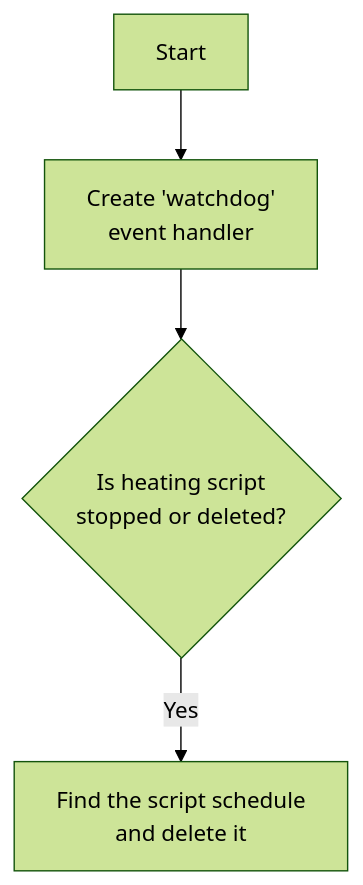
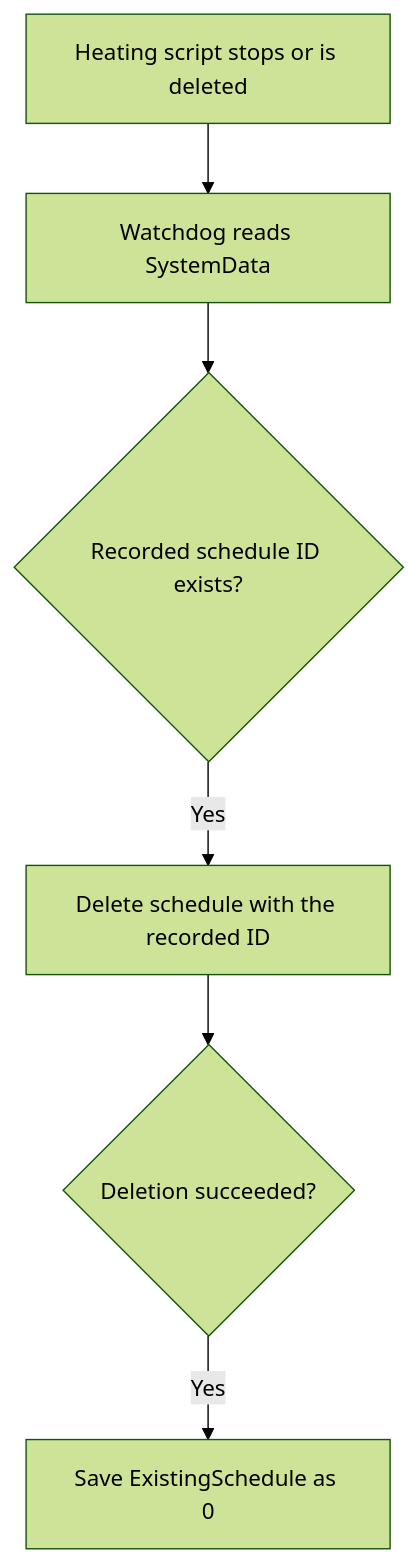
Before and after one commit to taimar/Smart-heating-management-with-Shelly: the diagram in README.md, drawn with Mermaid (forest theme). The commit also changed other lines of this file and 6 other files, not shown here.

````diff
--- a/README.md
+++ b/README.md
@@ -340,6 +271,8 @@
 ```mermaid
 flowchart TD
-    0[Start] --> A
-    A[Create 'watchdog' </br>event handler] --> K{Is heating script </br>stopped or deleted?}
-    K -- Yes --> B[Find the script schedule</br>and delete it]
+    A[Heating script stops or is deleted] --> B[Watchdog reads SystemData]
+    B --> C{Recorded schedule ID exists?}
+    C -- Yes --> D[Delete schedule with the recorded ID]
+    D --> E{Deletion succeeded?}
+    E -- Yes --> F[Save ExistingSchedule as 0]
 ```
````
